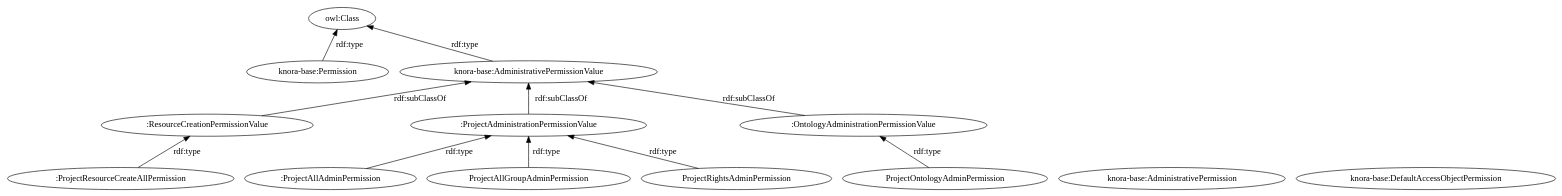
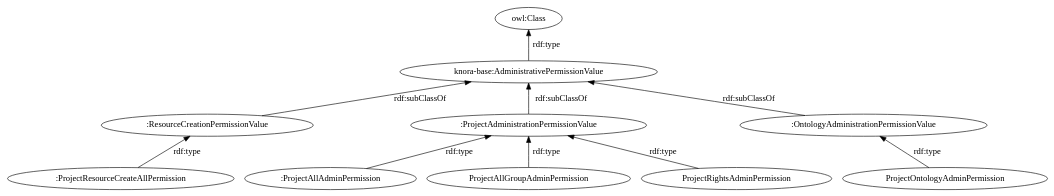
Before and after one commit to dasch-swiss/dsp-api: the seventh of 8 diagrams in docs/rst/knora-api-server/design-documentation/administration.rst, drawn with Graphviz. The commit also changed other lines of this file, not shown here.

```diff
--- a/docs/rst/knora-api-server/design-documentation/administration.rst
+++ b/docs/rst/knora-api-server/design-documentation/administration.rst
@@ -507,36 +509,33 @@
 .. graphviz::
 
    digraph G {
      rankdir="BT"
      
      oc [label="owl:Class"]
-     p [label="knora-base:Permission"]
-     ap [label="knora-base:AdministrativePermission"]
-     dp [label="knora-base:DefaultAccessObjectPermission"]
+     
      pv [label="knora-base:AdministrativePermissionValue"]
      
      RCPv [label=":ResourceCreationPermissionValue"]
      PRCAPi [label=":ProjectResourceCreateAllPermission"] 
      
      PAPv [label=":ProjectAdministrationPermissionValue"]
      PAAPi [label=":ProjectAllAdminPermission"]
      PAGAPi [label="ProjectAllGroupAdminPermission"]
      PRAPi [label="ProjectRightsAdminPermission"]
      
      OAPv [label=":OntologyAdministrationPermissionValue"]
      POAPi [label="ProjectOntologyAdminPermission"]
      
-     p -> oc [label="rdf:type"]
      pv -> oc [label="rdf:type"]
      
      RCPv -> pv [label="rdf:subClassOf"]
      PRCAPi -> RCPv [label="rdf:type"]
      
      PAPv -> pv [label="rdf:subClassOf"]
      PAAPi -> PAPv [label="rdf:type"]
      PAGAPi -> PAPv [label="rdf:type"]
      PRAPi -> PAPv [label="rdf:type"]
      
      OAPv -> pv [label="rdf:subClassOf"]
      POAPi -> OAPv [label="rdf:type"]
    }
```
